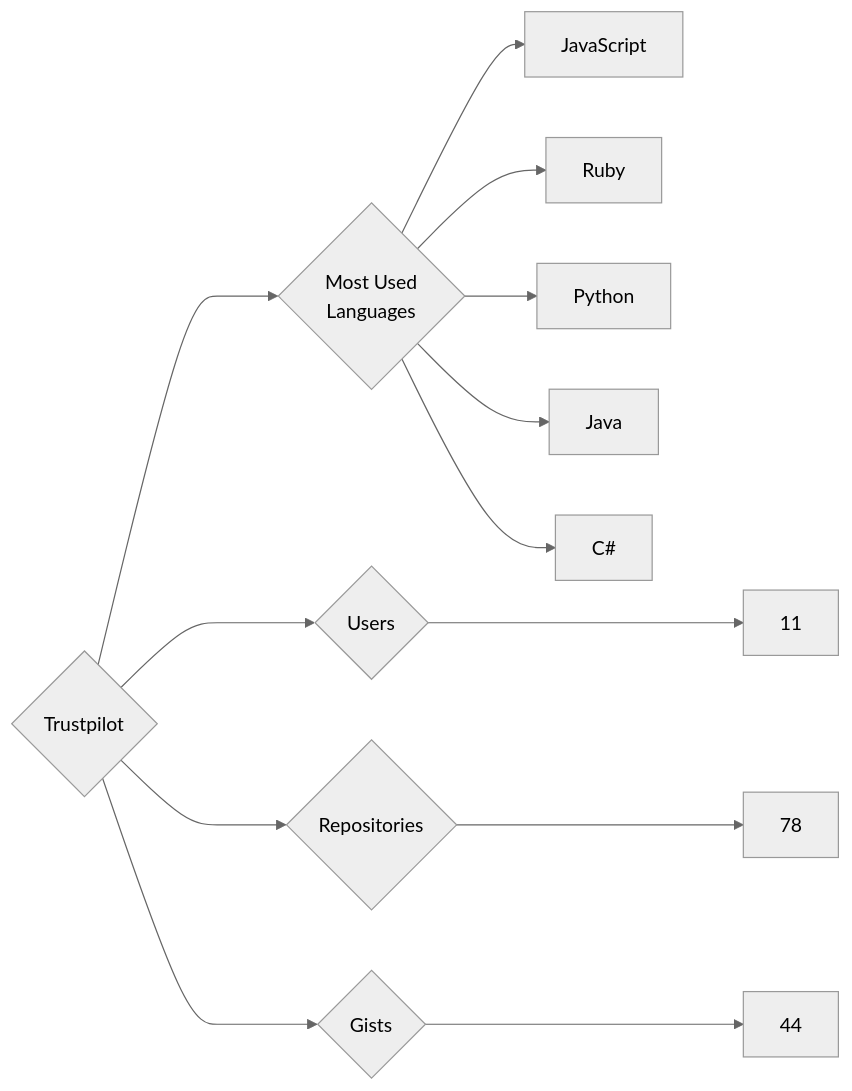
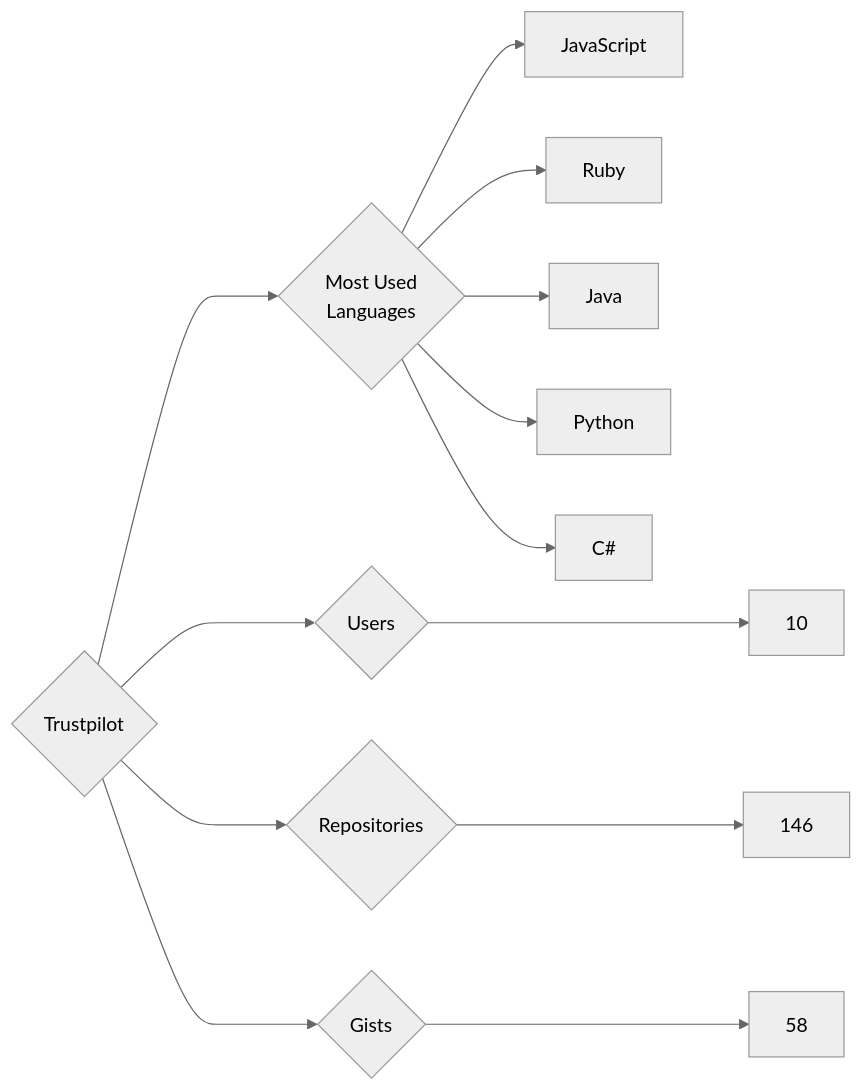
One commit to trickest/insiders changed the diagram in targets/Trustpilot/README.md. Above: the diagram before and after it, drawn with Mermaid (neutral theme). The commit also changed 953 other files, not shown here.

````diff
--- a/targets/Trustpilot/README.md
+++ b/targets/Trustpilot/README.md
@@ -3,13 +3,13 @@
 ```mermaid
 graph LR
 COMPANY_NAME{Trustpilot}
-COMPANY_NAME ---> U{Users} ---> UN[11]
-COMPANY_NAME ---> R{Repositories} ---> RN[78]
-COMPANY_NAME ---> G{Gists} ---> GN[44]
+COMPANY_NAME ---> U{Users} ---> UN[10]
+COMPANY_NAME ---> R{Repositories} ---> RN[146]
+COMPANY_NAME ---> G{Gists} ---> GN[58]
 COMPANY_NAME ---> ML{Most Used<br>Languages}
 ML --> JavaScript[JavaScript]
 ML --> Ruby[Ruby]
+ML --> Java[Java]
 ML --> Python[Python]
-ML --> Java[Java]
 ML --> C#[C#]
 ```
````
